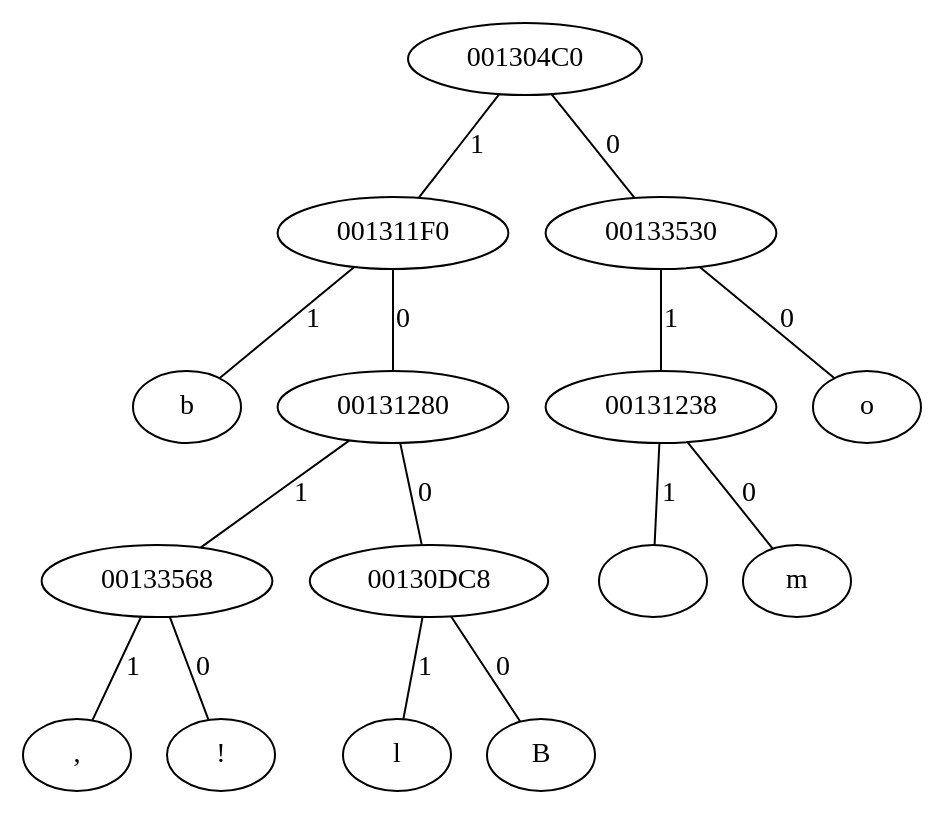
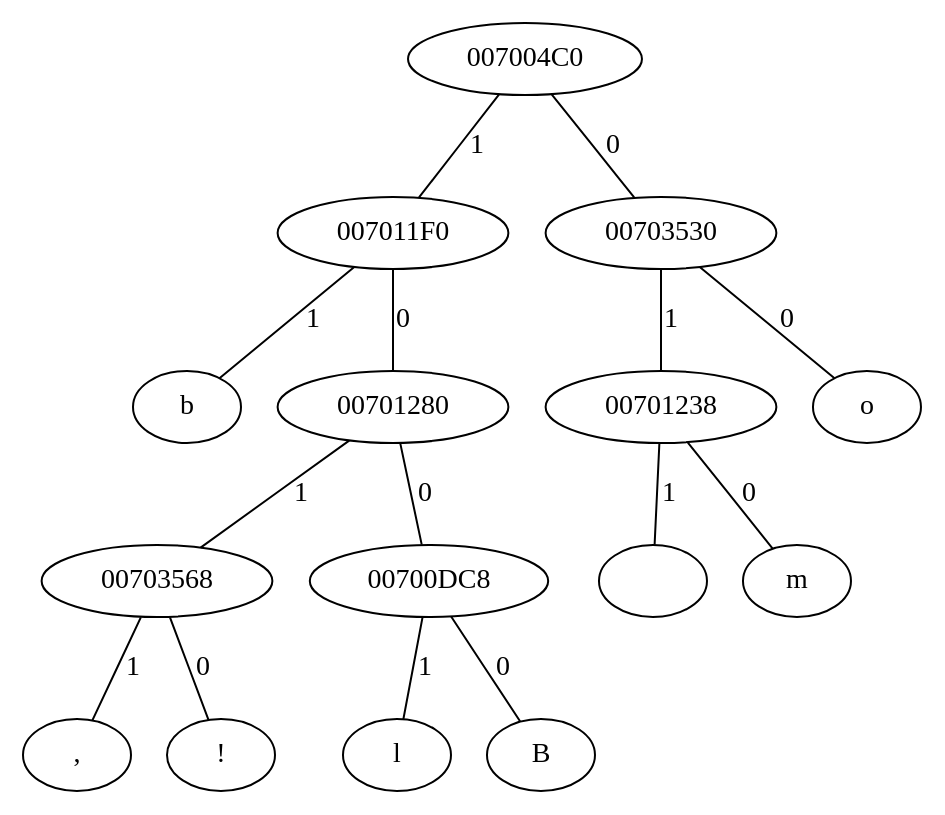
Before and after one commit to jadedlopes/Huffman: the diagram in tree.dot, drawn with Graphviz. The commit also changed 2 other files, not shown here.

```diff
--- a/tree.dot
+++ b/tree.dot
@@ -1,16 +1,16 @@
 graph {
-	"001304C0" -- "001311F0" [label= 1];
-	"001304C0" -- "00133530" [label= 0];
-	"00133530" -- "00131238" [label= 1];
-	"00133530" -- "o" [label= 0];
-	"00131238" -- " " [label= 1];
-	"00131238" -- "m" [label= 0];
-	"001311F0" -- "b" [label= 1];
-	"001311F0" -- "00131280" [label= 0];
-	"00131280" -- "00133568" [label= 1];
-	"00131280" -- "00130DC8" [label= 0];
-	"00130DC8" -- "l" [label= 1];
-	"00130DC8" -- "B" [label= 0];
-	"00133568" -- "," [label= 1];
-	"00133568" -- "!" [label= 0];
+	"007004C0" -- "007011F0" [label= 1];
+	"007004C0" -- "00703530" [label= 0];
+	"00703530" -- "00701238" [label= 1];
+	"00703530" -- "o" [label= 0];
+	"00701238" -- " " [label= 1];
+	"00701238" -- "m" [label= 0];
+	"007011F0" -- "b" [label= 1];
+	"007011F0" -- "00701280" [label= 0];
+	"00701280" -- "00703568" [label= 1];
+	"00701280" -- "00700DC8" [label= 0];
+	"00700DC8" -- "l" [label= 1];
+	"00700DC8" -- "B" [label= 0];
+	"00703568" -- "," [label= 1];
+	"00703568" -- "!" [label= 0];
 }
```
